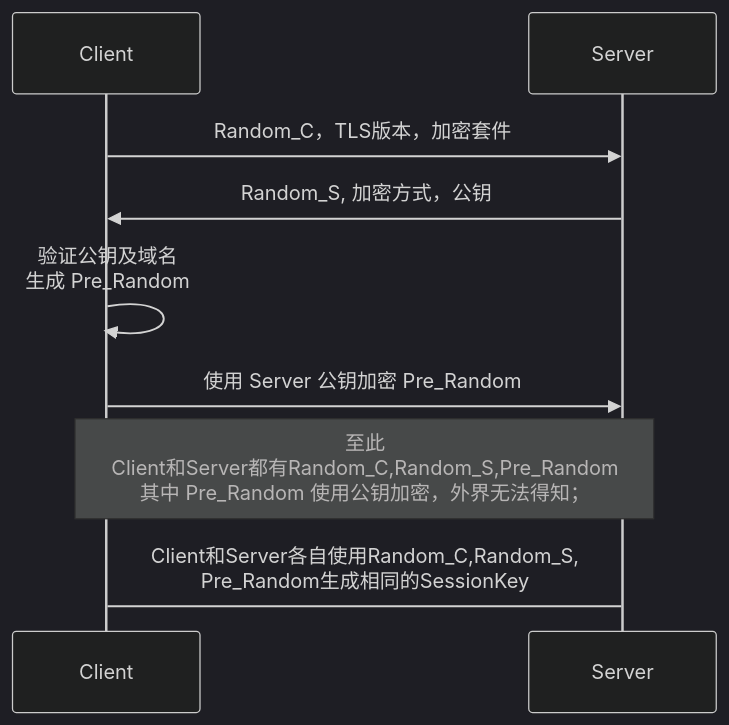
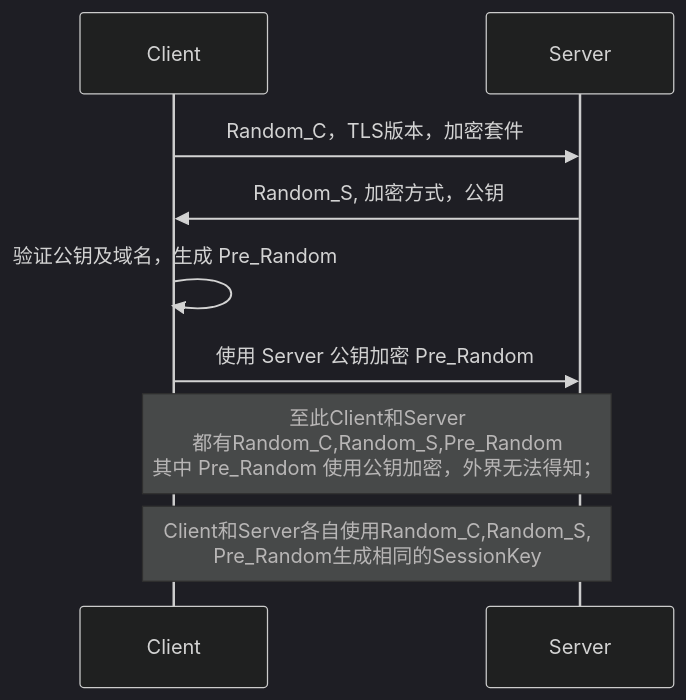
The first of 4 diagrams in _posts/2019-08-04-net_https.md (hurshi/hurshi.github.io), drawn with Mermaid (dark theme) before and after one commit. The commit also changed other lines of this file and 2 other files, not shown here.

```diff
--- a/_posts/2019-08-04-net_https.md
+++ b/_posts/2019-08-04-net_https.md
@@ -30,11 +31,11 @@
-      <div class="mermaid">
-      sequenceDiagram
-      	participant C as Client
-      	participant S as Server
-      	C->>S: Random_C，TLS版本，加密套件
-      	S->>C: Random_S, 加密方式，公钥
-      	C->>C: 验证公钥及域名<br>生成 Pre_Random
-      	C->>S: 使用 Server 公钥加密 Pre_Random
-      	Note over C,S: 至此<br>Client和Server都有Random_C,Random_S,Pre_Random<br>其中 Pre_Random 使用公钥加密，外界无法得知；
-      	C->S: Client和Server各自使用Random_C,Random_S,<br>Pre_Random生成相同的SessionKey
-      </div>
+   <div class="mermaid">
+   sequenceDiagram
+   	participant C as Client
+   	participant S as Server
+   	C->>S: Random_C，TLS版本，加密套件
+   	S->>C: Random_S, 加密方式，公钥
+   	C->>C: 验证公钥及域名，生成 Pre_Random
+   	C->>S: 使用 Server 公钥加密 Pre_Random
+   	Note over C,S: 至此Client和Server<br>都有Random_C,Random_S,Pre_Random<br>其中 Pre_Random 使用公钥加密，外界无法得知；
+   	Note over C,S: Client和Server各自使用Random_C,Random_S,<br/>Pre_Random生成相同的SessionKey
+   </div>
```
